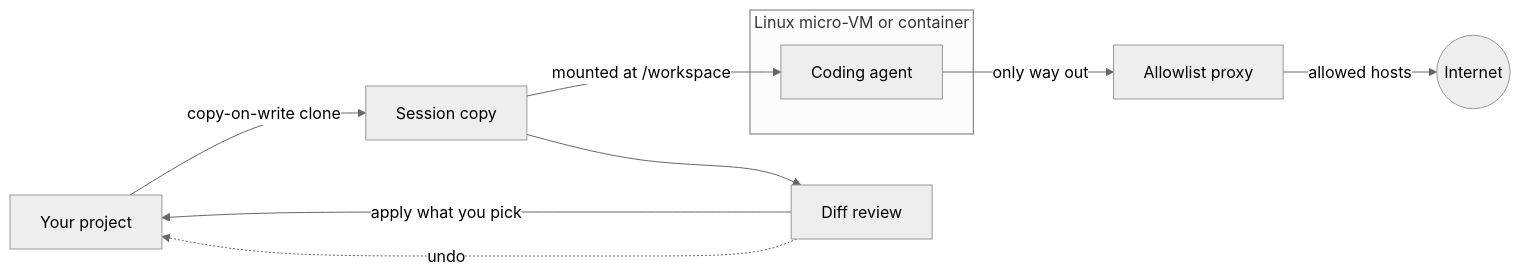
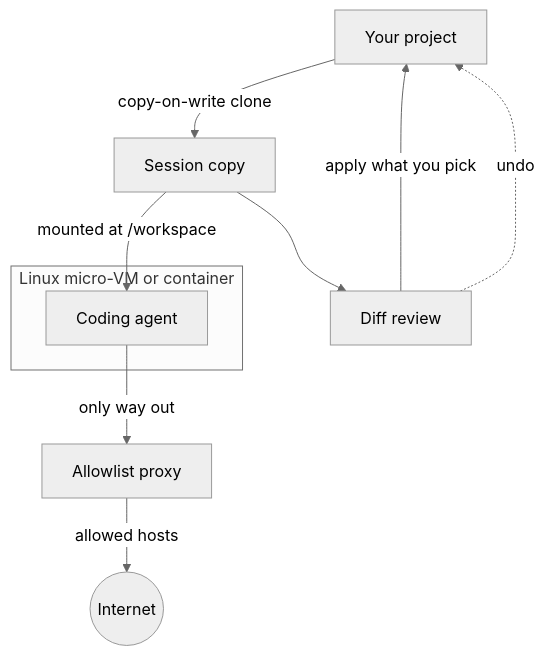
One commit to Kernel-Hunter/mudroom changed the diagram in README.md. Above: the diagram before and after it, drawn with Mermaid (neutral theme). The commit also changed other lines of this file, not shown here.

First line of the commit message:
README: lists instead of wide tables, top-down diagram

````diff
--- a/README.md
+++ b/README.md
@@ -358,13 +358,13 @@
 ```mermaid
-flowchart LR
+flowchart TD
     P["Your project"] -->|"copy-on-write clone"| W["Session copy"]
     W -->|"mounted at /workspace"| A
     subgraph VM["Linux micro-VM or container"]
         A["Coding agent"]
     end
     A -->|"only way out"| X["Allowlist proxy"]
     X -->|"allowed hosts"| N(("Internet"))
     W --> R["Diff review"]
     R -->|"apply what you pick"| P
     R -.->|"undo"| P
 ```
````
